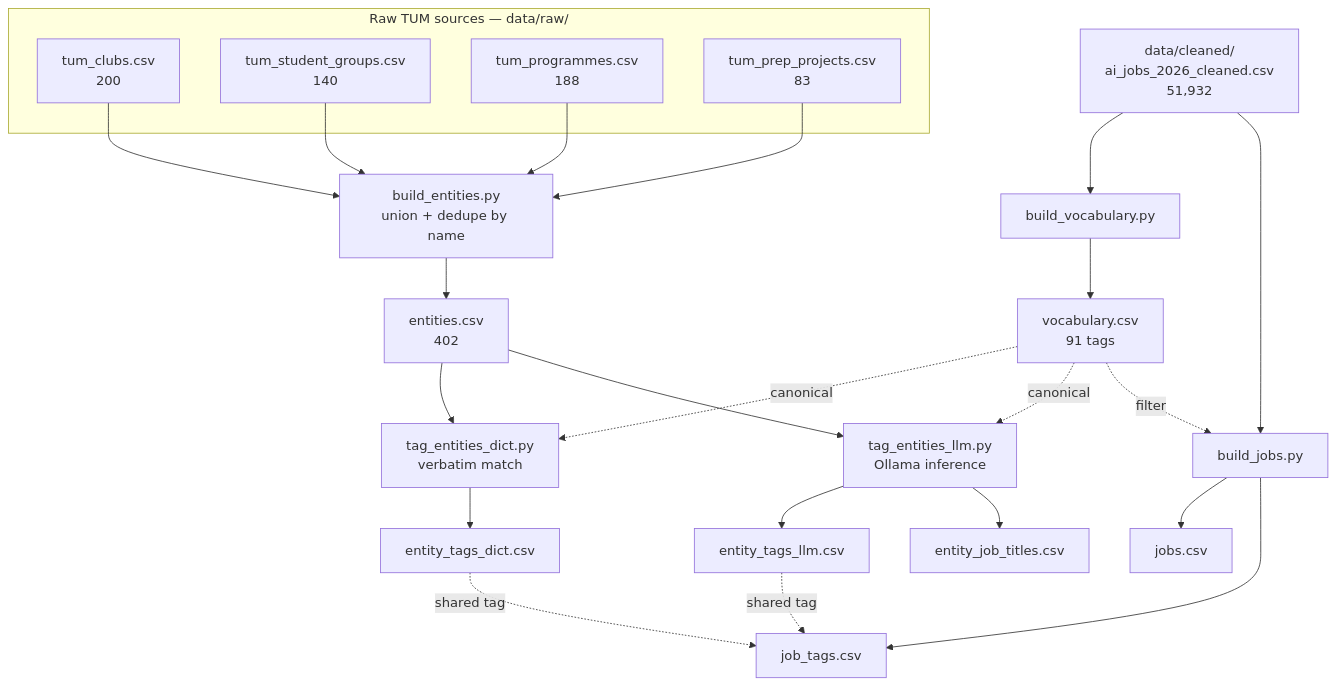
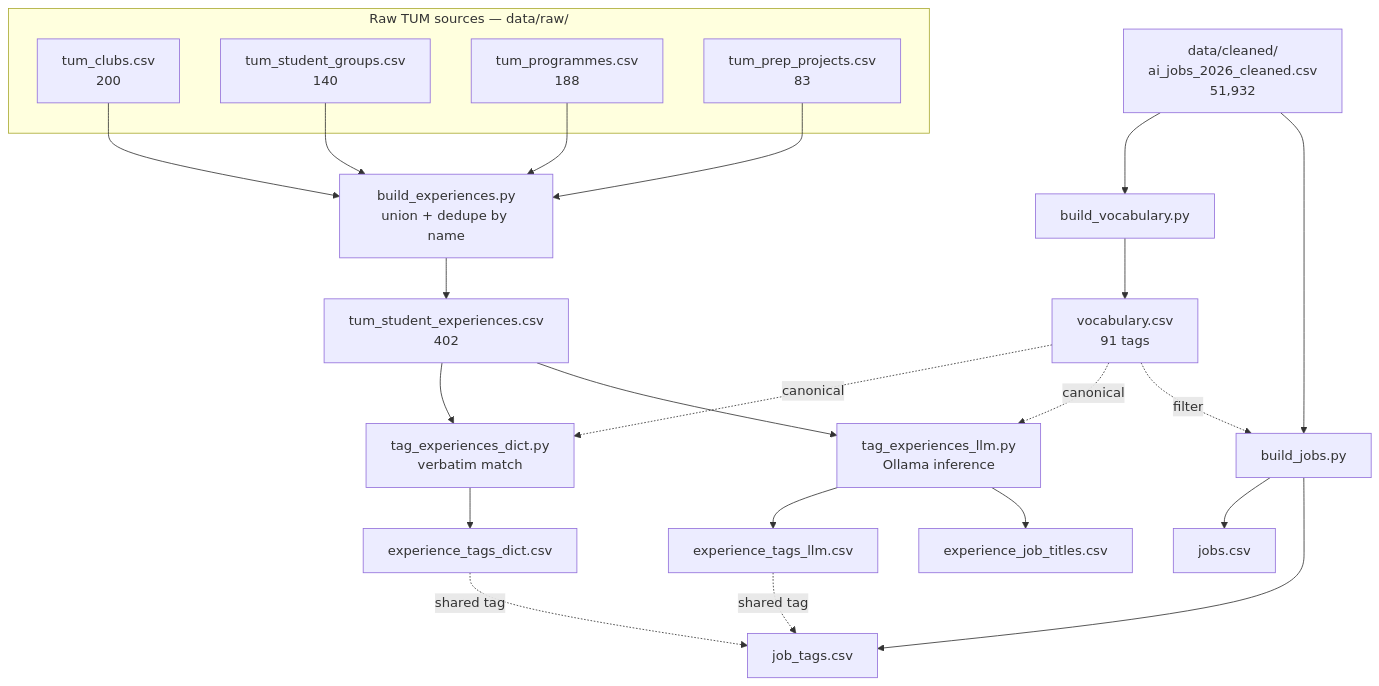
One commit to namitdeb739/career-detective changed the first of 2 diagrams in docs/data-pipeline.md. Above: the diagram before and after it, drawn with Mermaid. The commit also changed other lines of this file and 10 other files, not shown here.

First line of the commit message:
refactor(data): rename "entities" to "tum_student_experiences"

````diff
--- a/docs/data-pipeline.md
+++ b/docs/data-pipeline.md
@@ -13,33 +13,33 @@
 ```mermaid
 flowchart TB
     subgraph raw ["Raw TUM sources — data/raw/"]
         clubs["tum_clubs.csv<br>200"]
         groups["tum_student_groups.csv<br>140"]
         progs["tum_programmes.csv<br>188"]
         prep["tum_prep_projects.csv<br>83"]
     end
 
     jobsraw["data/cleaned/<br>ai_jobs_2026_cleaned.csv<br>51,932"]
 
     clubs --> BE
     groups --> BE
     progs --> BE
     prep --> BE
-    BE["build_entities.py<br>union + dedupe by name"] --> entities["entities.csv<br>402"]
+    BE["build_experiences.py<br>union + dedupe by name"] --> experiences["tum_student_experiences.csv<br>402"]
 
     jobsraw --> BV["build_vocabulary.py"] --> vocab["vocabulary.csv<br>91 tags"]
 
-    entities --> TD["tag_entities_dict.py<br>verbatim match"] --> tdict["entity_tags_dict.csv"]
-    entities --> TL["tag_entities_llm.py<br>Ollama inference"] --> tllm["entity_tags_llm.csv"]
-    TL --> titles["entity_job_titles.csv"]
+    experiences --> TD["tag_experiences_dict.py<br>verbatim match"] --> tdict["experience_tags_dict.csv"]
+    experiences --> TL["tag_experiences_llm.py<br>Ollama inference"] --> tllm["experience_tags_llm.csv"]
+    TL --> titles["experience_job_titles.csv"]
     vocab -.canonical.-> TD
     vocab -.canonical.-> TL
 
     jobsraw --> BJ["build_jobs.py"]
     BJ --> jobs["jobs.csv"]
     BJ --> jtags["job_tags.csv"]
     vocab -.filter.-> BJ
 
     tdict -. shared tag .-> jtags
     tllm -. shared tag .-> jtags
 ```
````
